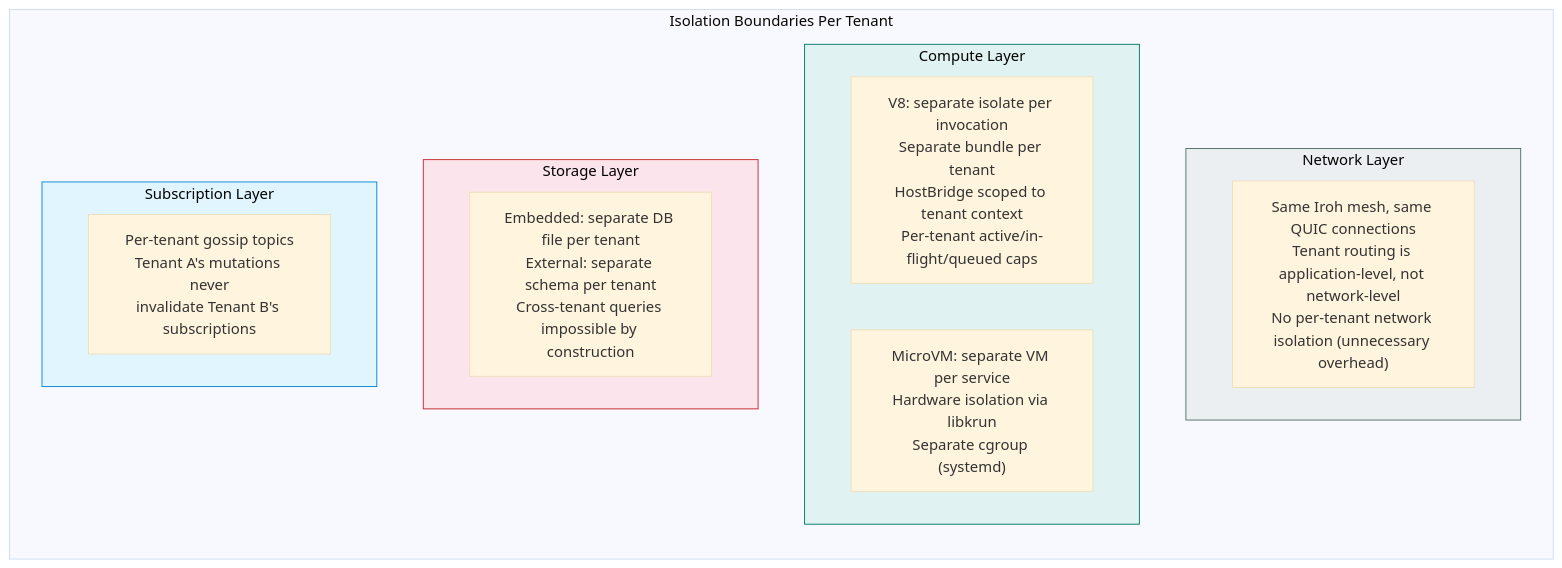
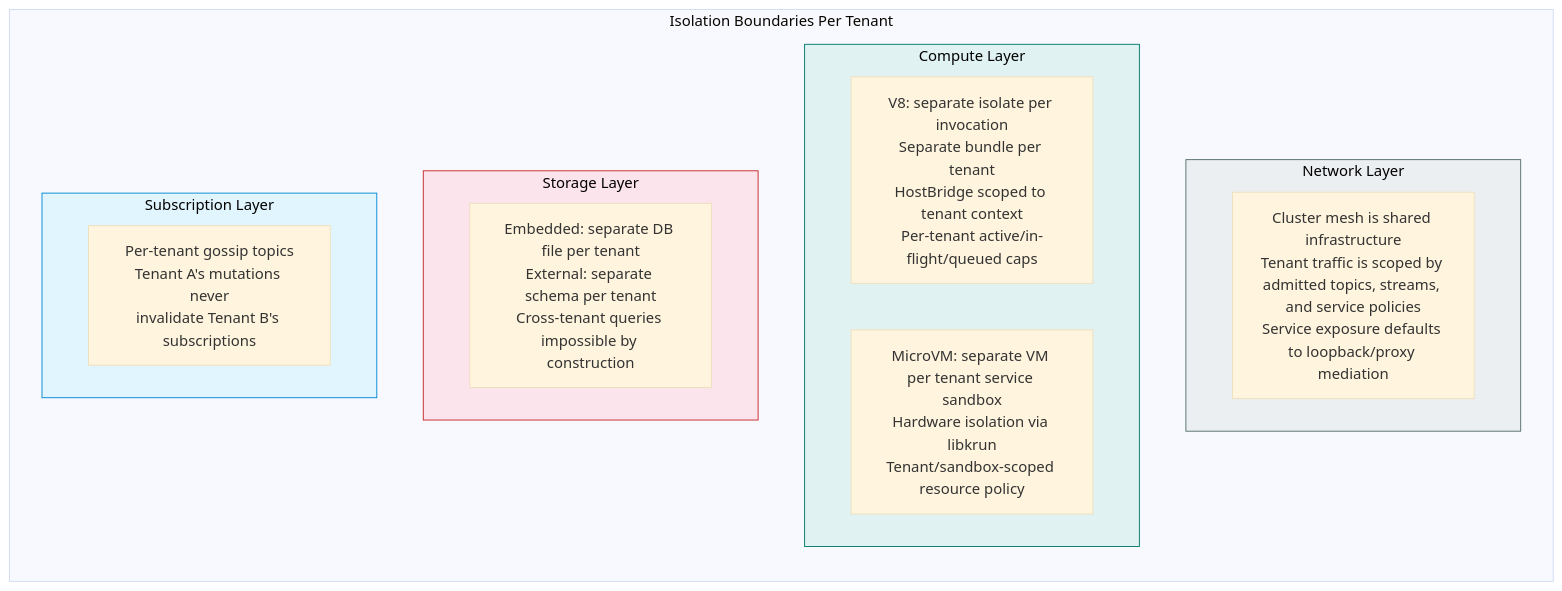
One commit to nimbus/nimbus changed diagram 24 of 28 in docs/architecture/horizontal-scaling.md. Above: the diagram before and after it, drawn with Mermaid (base theme). The commit also changed other lines of this file and 9 other files, not shown here.

````diff
--- a/docs/architecture/horizontal-scaling.md
+++ b/docs/architecture/horizontal-scaling.md
@@ -1348,33 +1348,33 @@
 ```mermaid
 flowchart TD
     subgraph layers["Isolation Boundaries Per Tenant"]
         direction TB
 
         subgraph network["Network Layer"]
-            NET["Same Iroh mesh, same QUIC connections\nTenant routing is application-level, not network-level\nNo per-tenant network isolation (unnecessary overhead)"]
+            NET["Cluster mesh is shared infrastructure\nTenant traffic is scoped by admitted topics, streams, and service policies\nService exposure defaults to loopback/proxy mediation"]
         end
 
         subgraph compute_iso["Compute Layer"]
             V8_ISO["V8: separate isolate per invocation\nSeparate bundle per tenant\nHostBridge scoped to tenant context\nPer-tenant active/in-flight/queued caps"]
-            VM_ISO["MicroVM: separate VM per service\nHardware isolation via libkrun\nSeparate cgroup (systemd)"]
+            VM_ISO["MicroVM: separate VM per tenant service sandbox\nHardware isolation via libkrun\nTenant/sandbox-scoped resource policy"]
         end
 
         subgraph storage_iso["Storage Layer"]
             STORE_ISO["Embedded: separate DB file per tenant\nExternal: separate schema per tenant\nCross-tenant queries impossible by construction"]
         end
 
         subgraph sub_iso["Subscription Layer"]
             SUB_ISO["Per-tenant gossip topics\nTenant A's mutations never\ninvalidate Tenant B's subscriptions"]
         end
     end
 
     classDef net fill:#eceff1,stroke:#546e6a,color:#000
     classDef comp fill:#e0f2f1,stroke:#00796b,color:#000
     classDef store fill:#fce4ec,stroke:#c62828,color:#000
     classDef sub fill:#e1f5fe,stroke:#0288d1,color:#000
 
     class network net
     class compute_iso comp
     class storage_iso store
     class sub_iso sub
 ```
````
